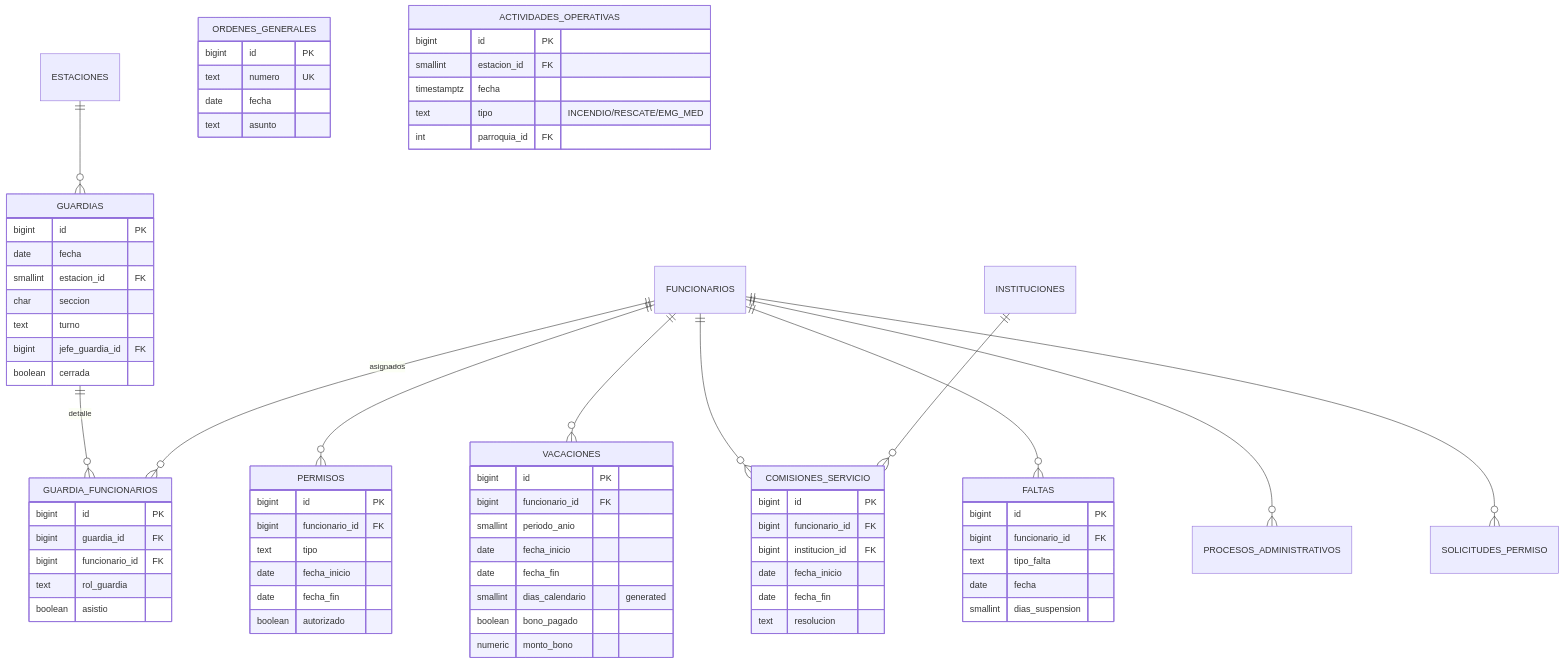
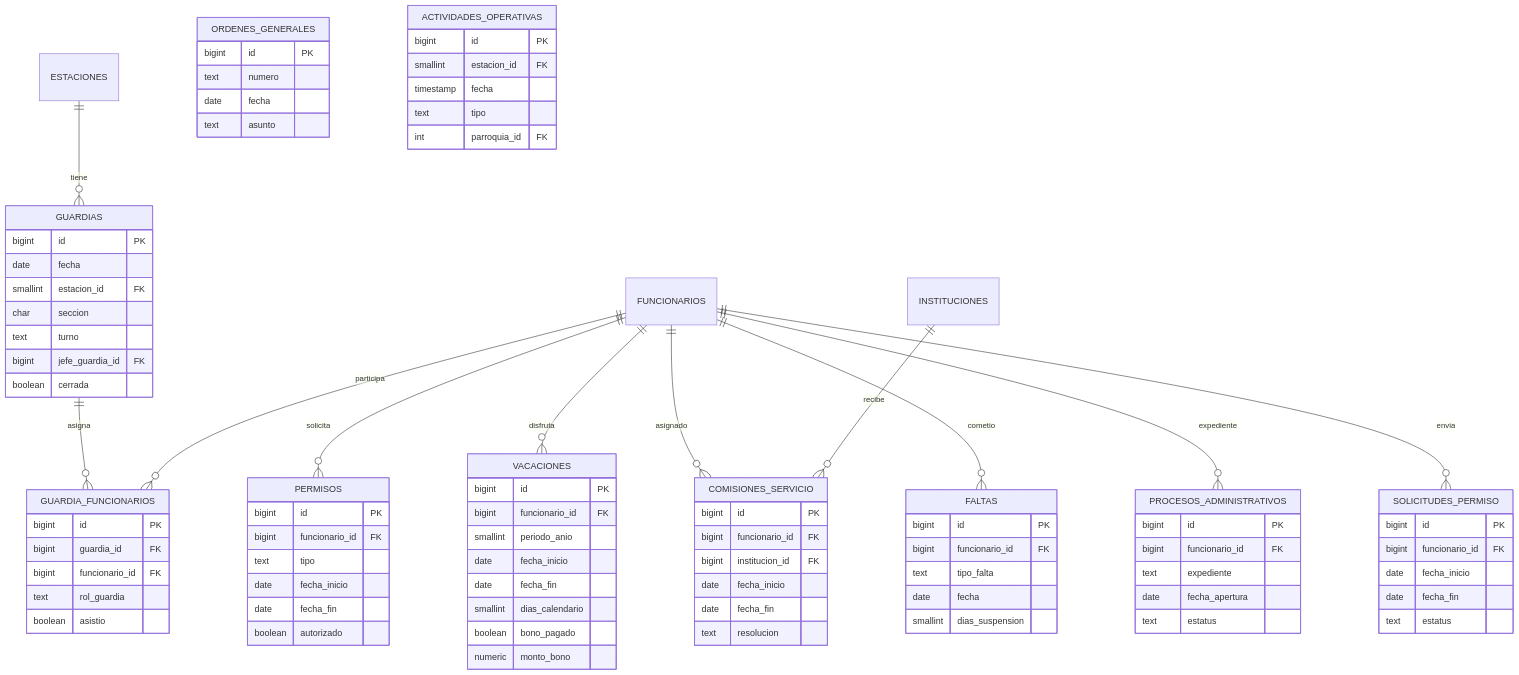
One commit to darvinh12/bomberos-sc changed the fourth of 8 diagrams in docs/ER.md. Above: the diagram before and after it, drawn with Mermaid. The commit also changed other lines of this file, not shown here.

Commit message:
fix(docs): ER.md compatible con renderer Mermaid de GitHub

````diff
--- a/docs/ER.md
+++ b/docs/ER.md
@@ -287,15 +344,15 @@
 ```mermaid
 erDiagram
-    ESTACIONES ||--o{ GUARDIAS : ""
-    GUARDIAS ||--o{ GUARDIA_FUNCIONARIOS : detalle
-    FUNCIONARIOS ||--o{ GUARDIA_FUNCIONARIOS : asignados
-    FUNCIONARIOS ||--o{ PERMISOS : ""
-    FUNCIONARIOS ||--o{ VACACIONES : ""
-    FUNCIONARIOS ||--o{ COMISIONES_SERVICIO : ""
-    FUNCIONARIOS ||--o{ FALTAS : ""
-    FUNCIONARIOS ||--o{ PROCESOS_ADMINISTRATIVOS : ""
-    FUNCIONARIOS ||--o{ SOLICITUDES_PERMISO : ""
-    INSTITUCIONES ||--o{ COMISIONES_SERVICIO : ""
+    ESTACIONES ||--o{ GUARDIAS : "tiene"
+    GUARDIAS ||--o{ GUARDIA_FUNCIONARIOS : "asigna"
+    FUNCIONARIOS ||--o{ GUARDIA_FUNCIONARIOS : "participa"
+    FUNCIONARIOS ||--o{ PERMISOS : "solicita"
+    FUNCIONARIOS ||--o{ VACACIONES : "disfruta"
+    FUNCIONARIOS ||--o{ COMISIONES_SERVICIO : "asignado"
+    FUNCIONARIOS ||--o{ FALTAS : "cometio"
+    FUNCIONARIOS ||--o{ PROCESOS_ADMINISTRATIVOS : "expediente"
+    FUNCIONARIOS ||--o{ SOLICITUDES_PERMISO : "envia"
+    INSTITUCIONES ||--o{ COMISIONES_SERVICIO : "recibe"
 
     GUARDIAS {
         bigint id PK
@@ -327,7 +384,7 @@
         smallint periodo_anio
         date fecha_inicio
         date fecha_fin
-        smallint dias_calendario "generated"
+        smallint dias_calendario
         boolean bono_pagado
         numeric monto_bono
     }
@@ -346,17 +403,31 @@
         date fecha
         smallint dias_suspension
     }
+    PROCESOS_ADMINISTRATIVOS {
+        bigint id PK
+        bigint funcionario_id FK
+        text expediente
+        date fecha_apertura
+        text estatus
+    }
+    SOLICITUDES_PERMISO {
+        bigint id PK
+        bigint funcionario_id FK
+        date fecha_inicio
+        date fecha_fin
+        text estatus
+    }
     ORDENES_GENERALES {
         bigint id PK
-        text numero UK
+        text numero
         date fecha
         text asunto
     }
     ACTIVIDADES_OPERATIVAS {
         bigint id PK
         smallint estacion_id FK
-        timestamptz fecha
-        text tipo "INCENDIO/RESCATE/EMG_MED"
+        timestamp fecha
+        text tipo
         int parroquia_id FK
     }
 ```
````
